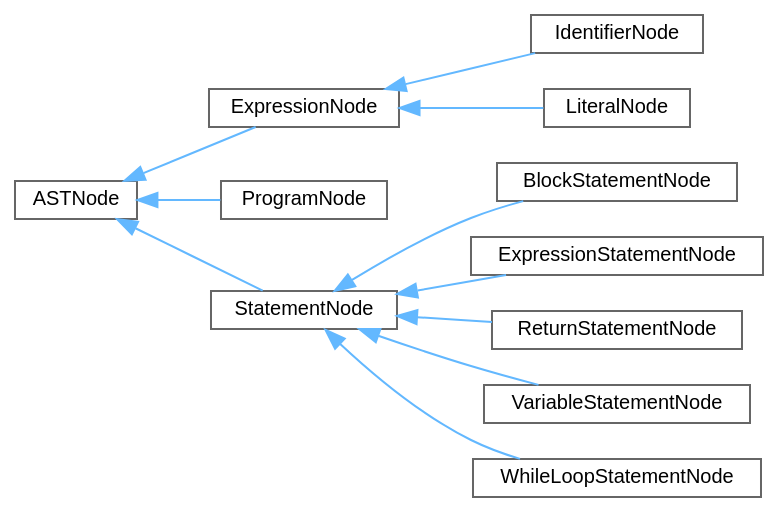
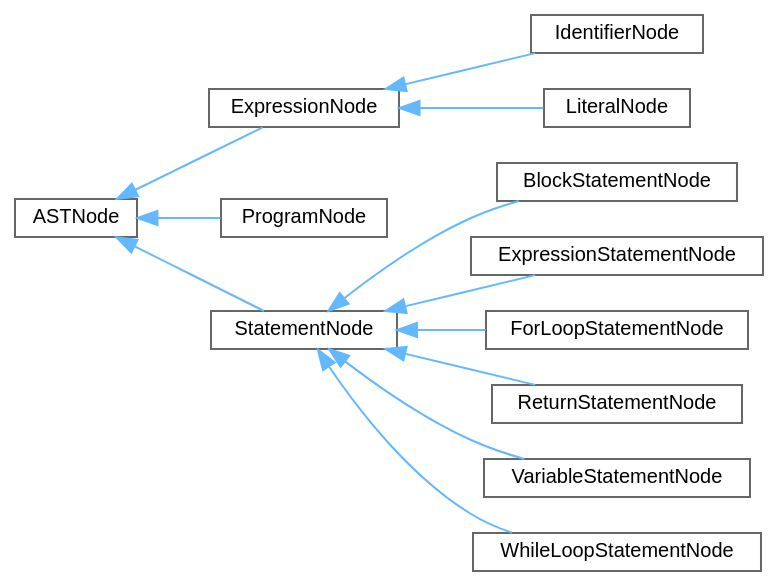
The diagram in pebbl/docs/inherit_graph_0.dot (kejunp/kejunp.github.io), drawn with Graphviz before and after one commit. The commit also changed 28 other files, not shown here.

```diff
--- a/pebbl/docs/inherit_graph_0.dot
+++ b/pebbl/docs/inherit_graph_0.dot
@@ -1,29 +1,31 @@
 digraph "Graphical Class Hierarchy"
 {
  // LATEX_PDF_SIZE
   bgcolor="transparent";
   edge [fontname=Helvetica,fontsize=10,labelfontname=Helvetica,labelfontsize=10];
   node [fontname=Helvetica,fontsize=10,shape=box,height=0.2,width=0.4];
   rankdir="LR";
   Node0 [id="Node000000",label="ASTNode",height=0.2,width=0.4,color="grey40", fillcolor="white", style="filled",URL="$structASTNode.html",tooltip="Base class of all AST nodes."];
   Node0 -> Node1 [id="edge1_Node000000_Node000001",dir="back",color="steelblue1",style="solid",tooltip=" "];
   Node1 [id="Node000001",label="ExpressionNode",height=0.2,width=0.4,color="grey40", fillcolor="white", style="filled",URL="$structExpressionNode.html",tooltip="Base class for all expressions."];
   Node1 -> Node2 [id="edge2_Node000001_Node000002",dir="back",color="steelblue1",style="solid",tooltip=" "];
   Node2 [id="Node000002",label="IdentifierNode",height=0.2,width=0.4,color="grey40", fillcolor="white", style="filled",URL="$structIdentifierNode.html",tooltip="A identifier."];
   Node1 -> Node3 [id="edge3_Node000001_Node000003",dir="back",color="steelblue1",style="solid",tooltip=" "];
   Node3 [id="Node000003",label="LiteralNode",height=0.2,width=0.4,color="grey40", fillcolor="white", style="filled",URL="$structLiteralNode.html",tooltip="Base class for all literals."];
   Node0 -> Node4 [id="edge4_Node000000_Node000004",dir="back",color="steelblue1",style="solid",tooltip=" "];
   Node4 [id="Node000004",label="ProgramNode",height=0.2,width=0.4,color="grey40", fillcolor="white", style="filled",URL="$structProgramNode.html",tooltip="The root of all ASTs (sorta like a block statement, but the block is global)"];
   Node0 -> Node5 [id="edge5_Node000000_Node000005",dir="back",color="steelblue1",style="solid",tooltip=" "];
   Node5 [id="Node000005",label="StatementNode",height=0.2,width=0.4,color="grey40", fillcolor="white", style="filled",URL="$structStatementNode.html",tooltip="Base class for all statements."];
   Node5 -> Node6 [id="edge6_Node000005_Node000006",dir="back",color="steelblue1",style="solid",tooltip=" "];
   Node6 [id="Node000006",label="BlockStatementNode",height=0.2,width=0.4,color="grey40", fillcolor="white", style="filled",URL="$structBlockStatementNode.html",tooltip="A block statement { [statements... ] }."];
   Node5 -> Node7 [id="edge7_Node000005_Node000007",dir="back",color="steelblue1",style="solid",tooltip=" "];
   Node7 [id="Node000007",label="ExpressionStatementNode",height=0.2,width=0.4,color="grey40", fillcolor="white", style="filled",URL="$structExpressionStatementNode.html",tooltip="A wrapper around a expression (but it is a statement)"];
   Node5 -> Node8 [id="edge8_Node000005_Node000008",dir="back",color="steelblue1",style="solid",tooltip=" "];
-  Node8 [id="Node000008",label="ReturnStatementNode",height=0.2,width=0.4,color="grey40", fillcolor="white", style="filled",URL="$structReturnStatementNode.html",tooltip="A return statement (different from a implicit return, e.g. 5; will become a expression statement,..."];
+  Node8 [id="Node000008",label="ForLoopStatementNode",height=0.2,width=0.4,color="grey40", fillcolor="white", style="filled",URL="$structForLoopStatementNode.html",tooltip=" "];
   Node5 -> Node9 [id="edge9_Node000005_Node000009",dir="back",color="steelblue1",style="solid",tooltip=" "];
-  Node9 [id="Node000009",label="VariableStatementNode",height=0.2,width=0.4,color="grey40", fillcolor="white", style="filled",URL="$structVariableStatementNode.html",tooltip="A variable declaration/definition: let immut = 5; var mut = 5; etc."];
+  Node9 [id="Node000009",label="ReturnStatementNode",height=0.2,width=0.4,color="grey40", fillcolor="white", style="filled",URL="$structReturnStatementNode.html",tooltip="A return statement (different from a implicit return, e.g. 5; will become a expression statement,..."];
   Node5 -> Node10 [id="edge10_Node000005_Node000010",dir="back",color="steelblue1",style="solid",tooltip=" "];
-  Node10 [id="Node000010",label="WhileLoopStatementNode",height=0.2,width=0.4,color="grey40", fillcolor="white", style="filled",URL="$structWhileLoopStatementNode.html",tooltip="A while loop (e.g., while x < y { let x = 5 let y = 4;})"];
+  Node10 [id="Node000010",label="VariableStatementNode",height=0.2,width=0.4,color="grey40", fillcolor="white", style="filled",URL="$structVariableStatementNode.html",tooltip="A variable declaration/definition: let immut = 5; var mut = 5; etc."];
+  Node5 -> Node11 [id="edge11_Node000005_Node000011",dir="back",color="steelblue1",style="solid",tooltip=" "];
+  Node11 [id="Node000011",label="WhileLoopStatementNode",height=0.2,width=0.4,color="grey40", fillcolor="white", style="filled",URL="$structWhileLoopStatementNode.html",tooltip="A while loop (e.g., while x < y { let x = 5 let y = 4;})"];
 }
```
